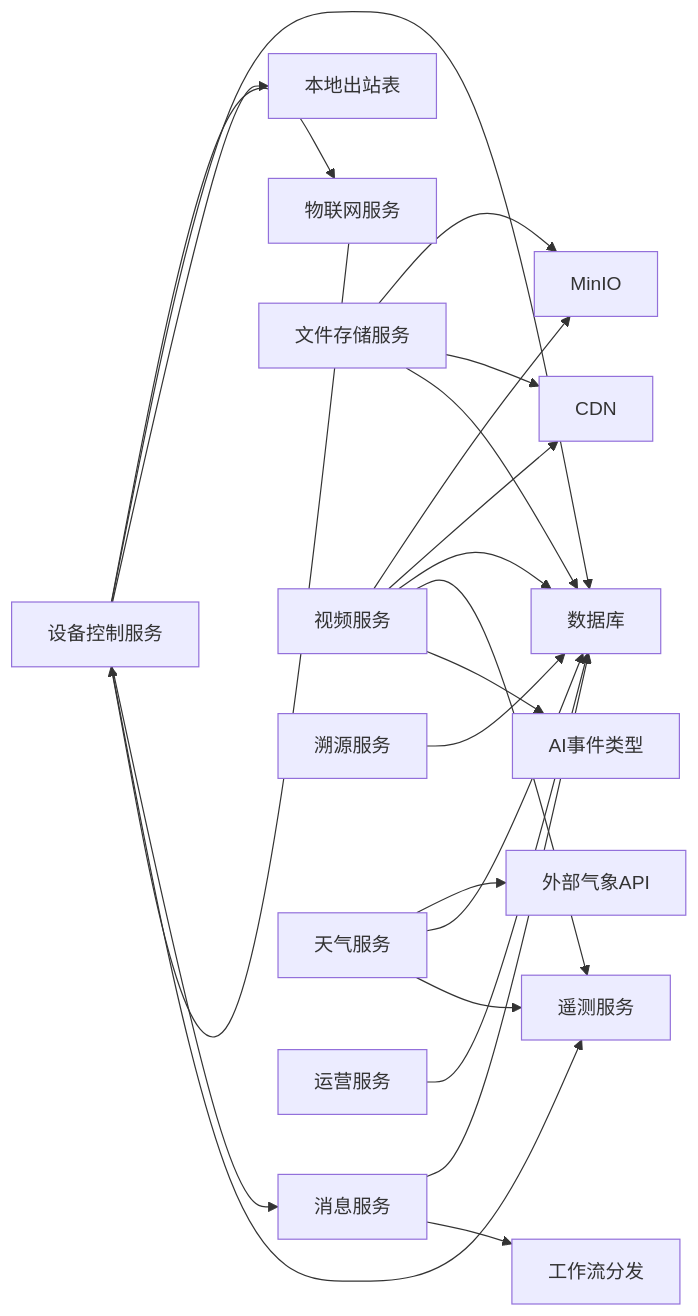
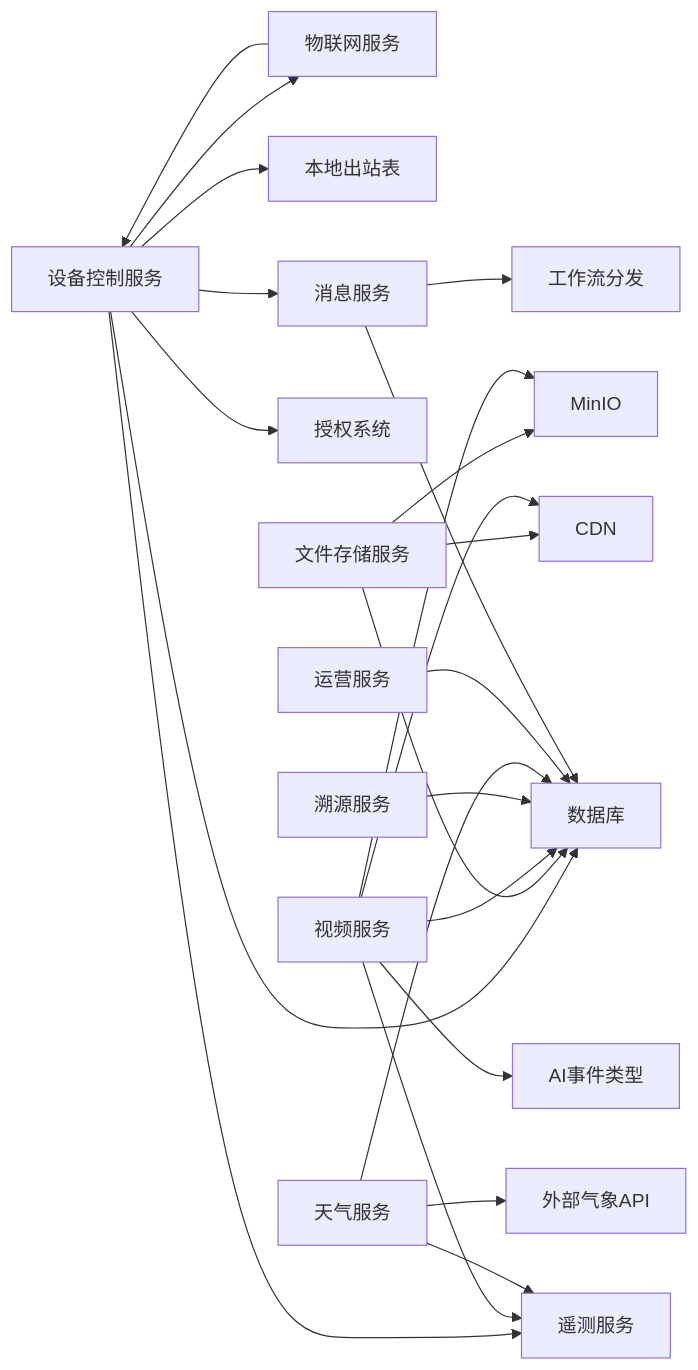
Before and after one commit to q446328246/agri-platform: diagram 39 of 39 in .qoder/repowiki/zh/content/核心服务文档/其他业务服务.md, drawn with Mermaid. The commit also changed other lines of this file and 46 other files, not shown here.

````diff
--- a/.qoder/repowiki/zh/content/核心服务文档/其他业务服务.md
+++ b/.qoder/repowiki/zh/content/核心服务文档/其他业务服务.md
@@ -1019,24 +1075,25 @@
 ```mermaid
 graph LR
 CS["设备控制服务"] --> IoT["物联网服务"]
 CS --> DB["数据库"]
 CS --> OUTBOX["本地出站表"]
 CS --> MS["消息服务"]
 CS --> TELEMETRY["遥测服务"]
+CS --> AUTHZ["授权系统"]
 IoT --> CS
 FS["文件存储服务"] --> MINIO["MinIO"]
 FS --> CDN["CDN"]
 FS --> DB
 VID["视频服务"] --> MINIO
 VID --> CDN
 VID --> DB
 VID --> TELEMETRY
 VID --> AI_TYPES["AI事件类型"]
 TRC["溯源服务"] --> DB
 WTH["天气服务"] --> EXT["外部气象API"]
 WTH --> DB
 WTH --> TELEMETRY
 OPS["运营服务"] --> DB
 MS --> DB
 MS --> WORKFLOW["工作流分发"]
 ```
````
